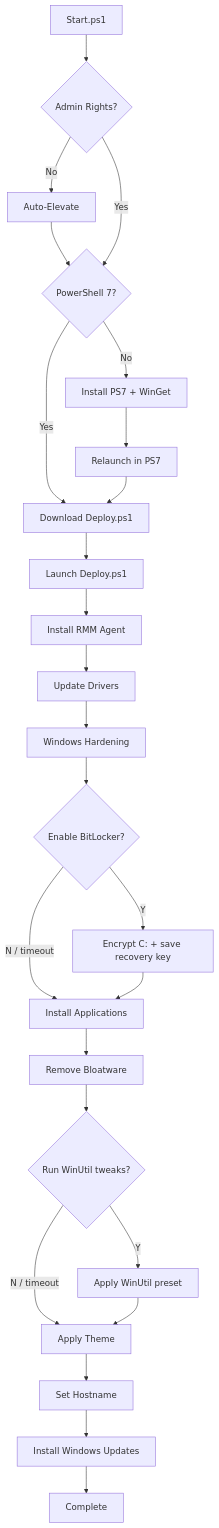
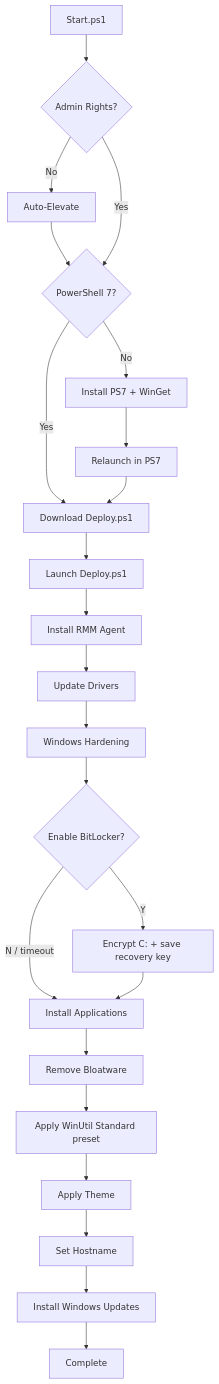
The diagram in README.md (Stensel8/WinDeploy), drawn with Mermaid before and after one commit. The commit also changed other lines of this file and 7 other files, not shown here.

First line of the commit message:
fix: PS7 double-install, false hostname failure; WinUtil Standard runs by default (#51)

````diff
--- a/README.md
+++ b/README.md
@@ -67,29 +57,26 @@
 ```mermaid
 graph TD
     A[Start.ps1] --> B{Admin Rights?}
     B -->|No| C[Auto-Elevate]
     C --> D{PowerShell 7?}
     B -->|Yes| D
     D -->|No| E[Install PS7 + WinGet]
     E --> F[Relaunch in PS7]
     D -->|Yes| G[Download Deploy.ps1]
     F --> G
     G --> H[Launch Deploy.ps1]
     H --> I[Install RMM Agent]
     I --> J[Update Drivers]
     J --> K[Windows Hardening]
     K --> K2{Enable BitLocker?}
     K2 -->|Y| K3[Encrypt C: + save recovery key]
     K2 -->|N / timeout| L
     K3 --> L
     L[Install Applications]
     L --> M[Remove Bloatware]
-    M --> M2{Run WinUtil tweaks?}
-    M2 -->|Y| M3[Apply WinUtil preset]
-    M2 -->|N / timeout| N
-    M3 --> N
-    N[Apply Theme]
+    M --> M3[Apply WinUtil Standard preset]
+    M3 --> N[Apply Theme]
     N --> O[Set Hostname]
     O --> P[Install Windows Updates]
     P --> Q[Complete]
 ```
````
